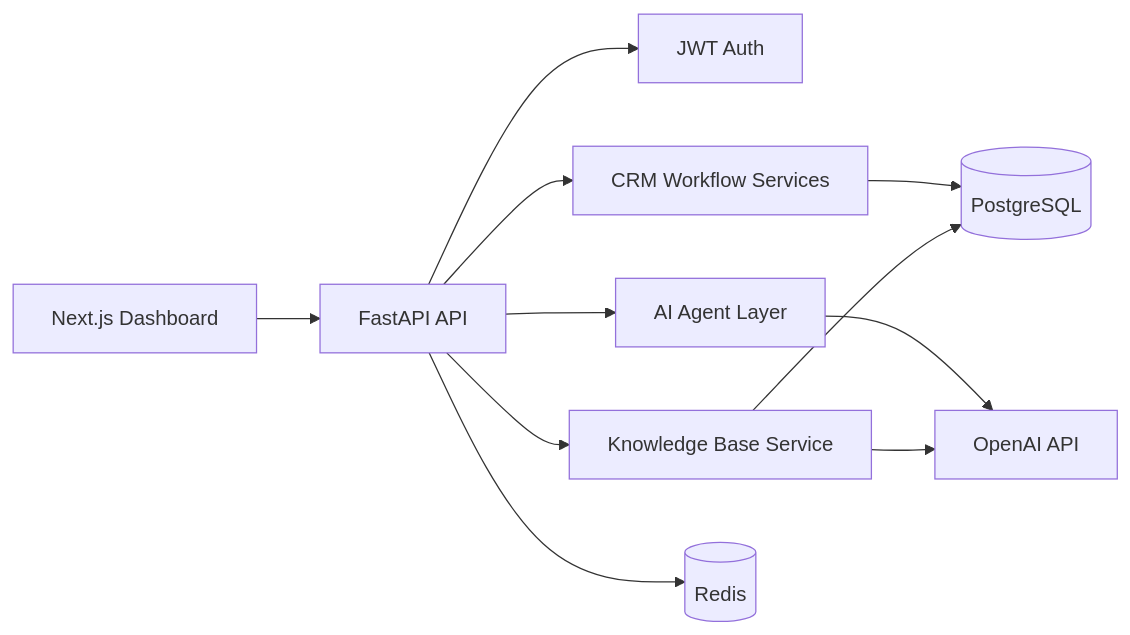
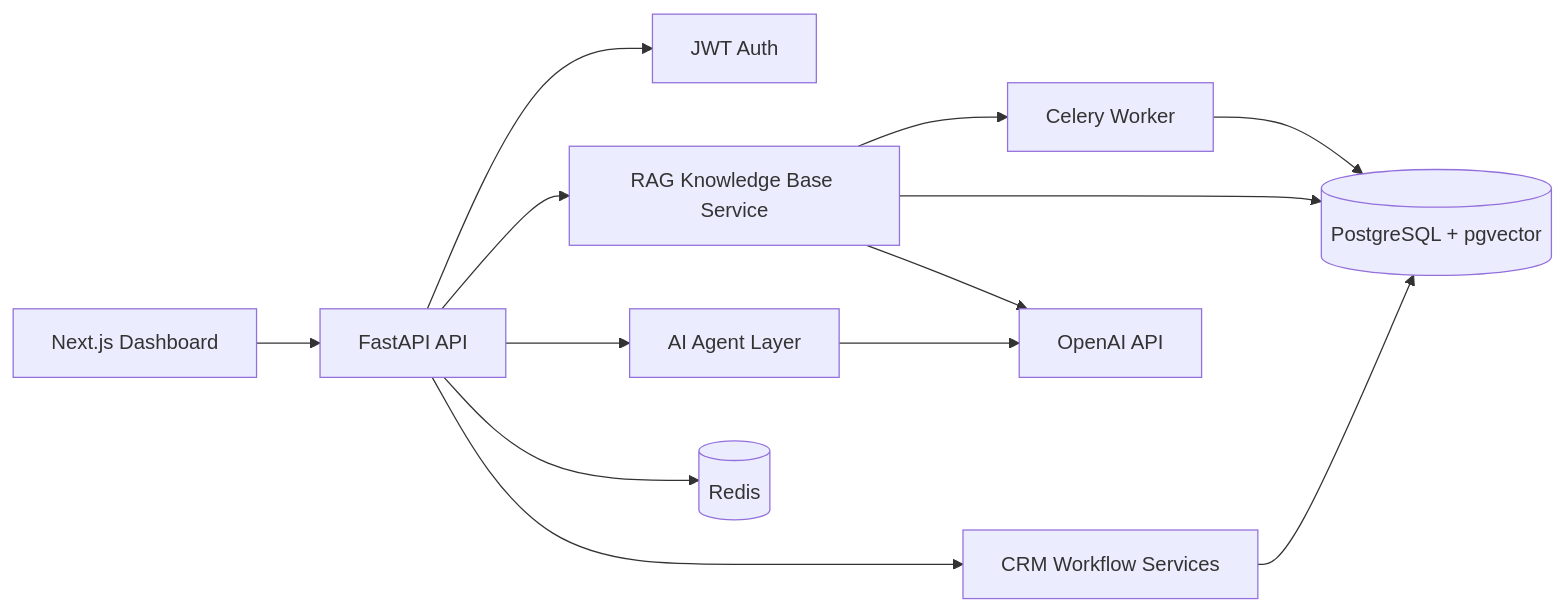
Before and after one commit to lukemadeit09/leadpilot-ai: the diagram in docs/ARCHITECTURE.md, drawn with Mermaid. The commit also changed other lines of this file and 15 other files, not shown here.

Commit message:
feat: upgrade knowledge base with RAG

````diff
--- a/docs/ARCHITECTURE.md
+++ b/docs/ARCHITECTURE.md
@@ -7,13 +7,15 @@
 ```mermaid
 flowchart LR
   UI[Next.js Dashboard] --> API[FastAPI API]
   API --> Auth[JWT Auth]
   API --> CRM[CRM Workflow Services]
   API --> Agents[AI Agent Layer]
-  API --> KB[Knowledge Base Service]
-  CRM --> DB[(PostgreSQL)]
+  API --> KB[RAG Knowledge Base Service]
+  KB --> Worker[Celery Worker]
+  CRM --> DB[(PostgreSQL + pgvector)]
   KB --> DB
+  Worker --> DB
   Agents --> OpenAI[OpenAI API]
   KB --> OpenAI
   API --> Redis[(Redis)]
 ```
````
